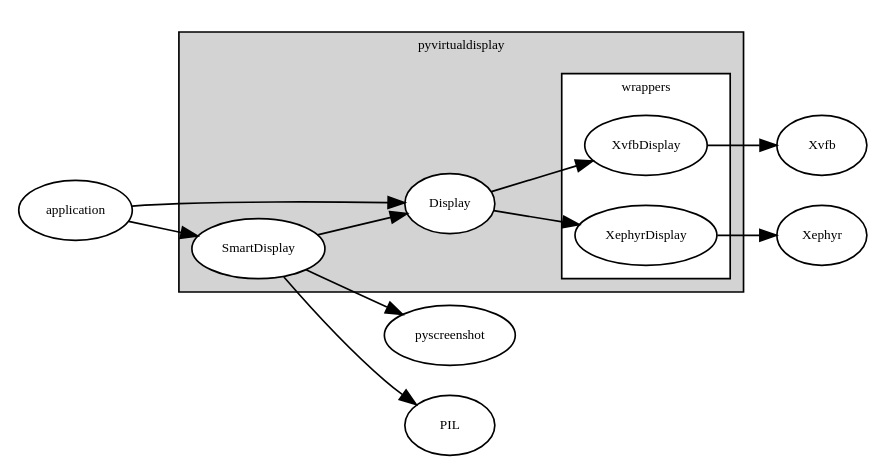
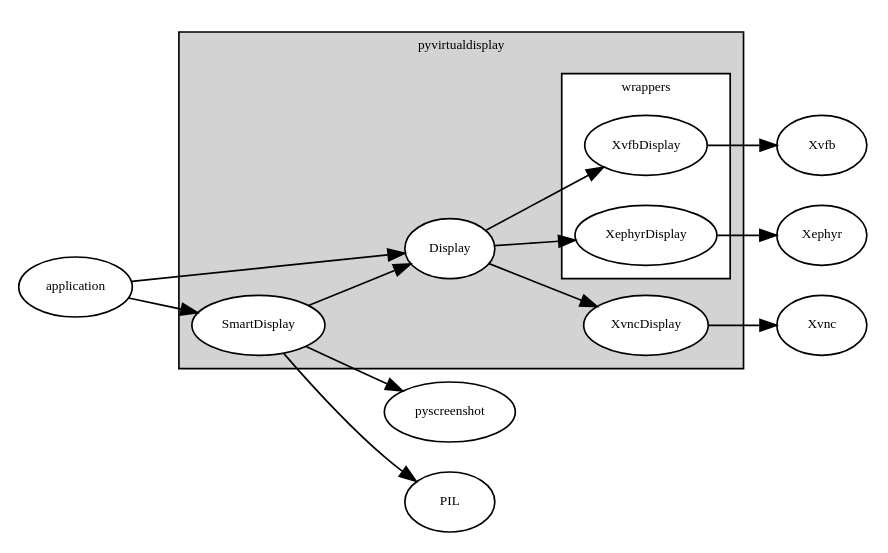
The diagram in docs/struct.rst (ponty/PyVirtualDisplay), drawn with Graphviz before and after one commit. The commit also changed 11 other files, not shown here.

```diff
--- a/docs/struct.rst
+++ b/docs/struct.rst
@@ -4,32 +4,34 @@
 .. graphviz::
 
     digraph G {
     rankdir=LR;
     node [fontsize=8,style=filled, fillcolor=white];
     fontsize=8;
 
     subgraph cluster_0 {
         label = "pyvirtualdisplay";
         style=filled;
         subgraph cluster_2 {
             style=filled;
             fillcolor=white;
             label = "wrappers";
 
             XvfbDisplay;
             XephyrDisplay;
         }
         Display -> XvfbDisplay;
         Display -> XephyrDisplay;
+        Display -> XvncDisplay;
         SmartDisplay -> Display
     }
     XvfbDisplay -> Xvfb;
     XephyrDisplay -> Xephyr;
+    XvncDisplay -> Xvnc;
 
     application -> Display;
     application -> SmartDisplay;
 
 	SmartDisplay -> pyscreenshot;
 	SmartDisplay -> PIL;
 	
     }
```
